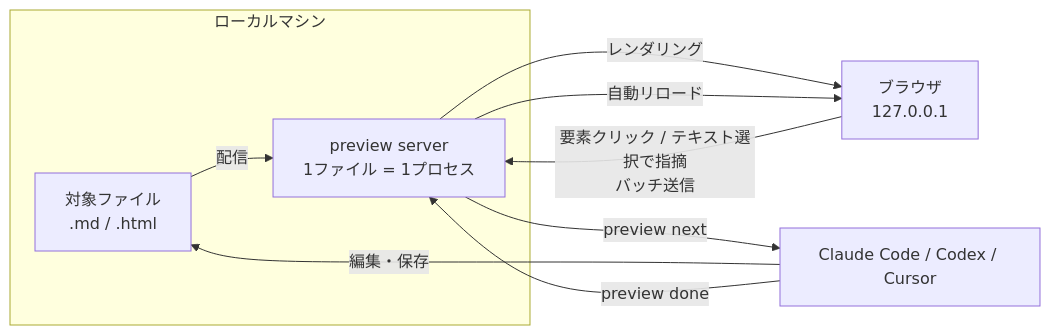
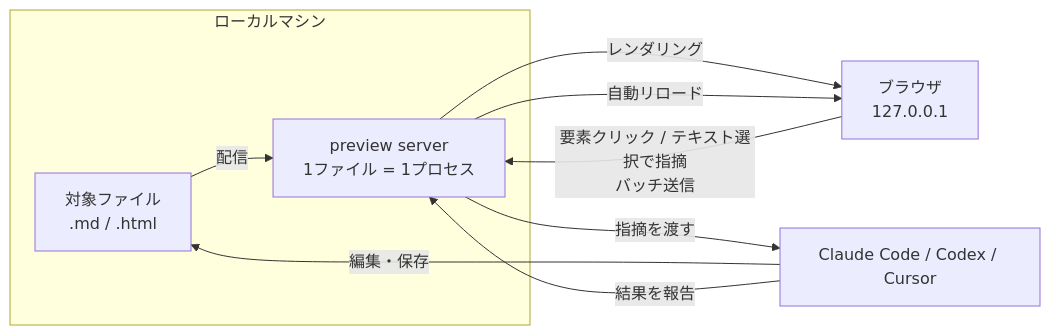
The first of 5 diagrams in articles/artifactshare-preview-claude-codex-cursor.md (coji/zenn-content), drawn with Mermaid before and after one commit. The commit also changed other lines of this file, not shown here.

Commit message:
Replace CLI command mentions with plain-Japanese meanings in body and diagrams

````diff
--- a/articles/artifactshare-preview-claude-codex-cursor.md
+++ b/articles/artifactshare-preview-claude-codex-cursor.md
@@ -28,17 +28,17 @@
 ```mermaid
 flowchart LR
     subgraph local["ローカルマシン"]
         file["対象ファイル\n.md / .html"]
         server["preview server\n1ファイル = 1プロセス"]
     end
     browser["ブラウザ\n127.0.0.1"]
     agent["Claude Code / Codex / Cursor"]
 
     file -- 配信 --> server
     server -- レンダリング --> browser
     browser -- "要素クリック / テキスト選択で指摘\nバッチ送信" --> server
-    server -- preview next --> agent
+    server -- 指摘を渡す --> agent
     agent -- 編集・保存 --> file
-    agent -- preview done --> server
+    agent -- 結果を報告 --> server
     server -- 自動リロード --> browser
 ```
````
